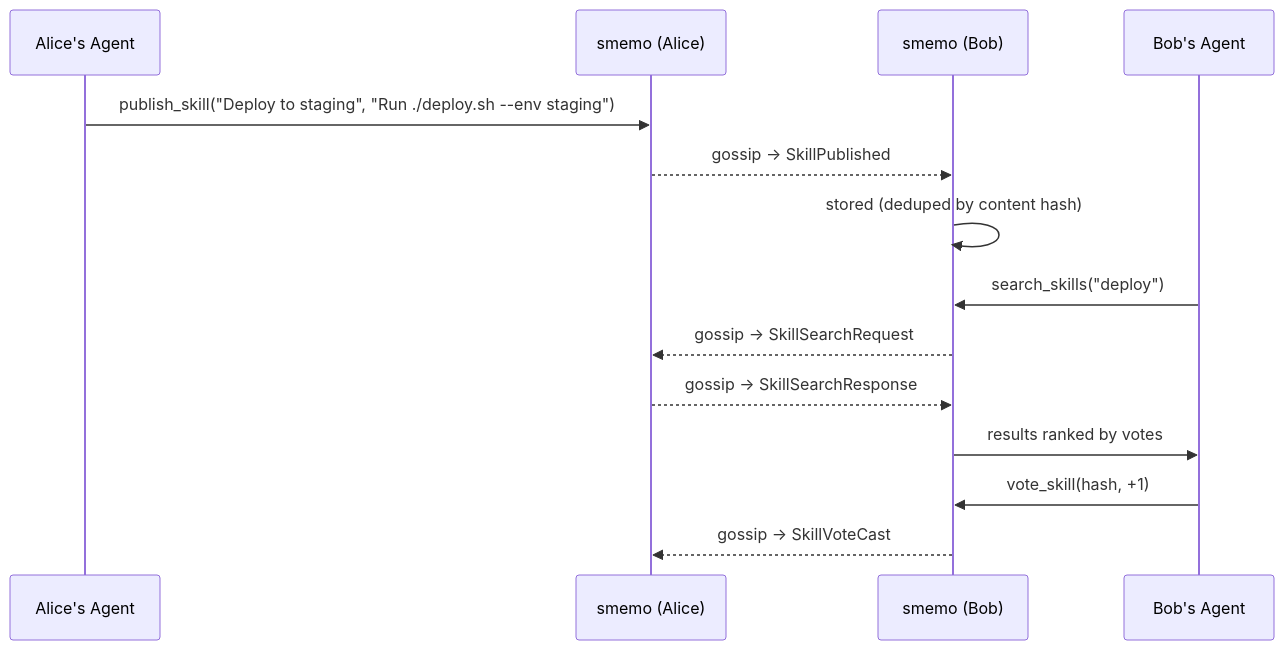
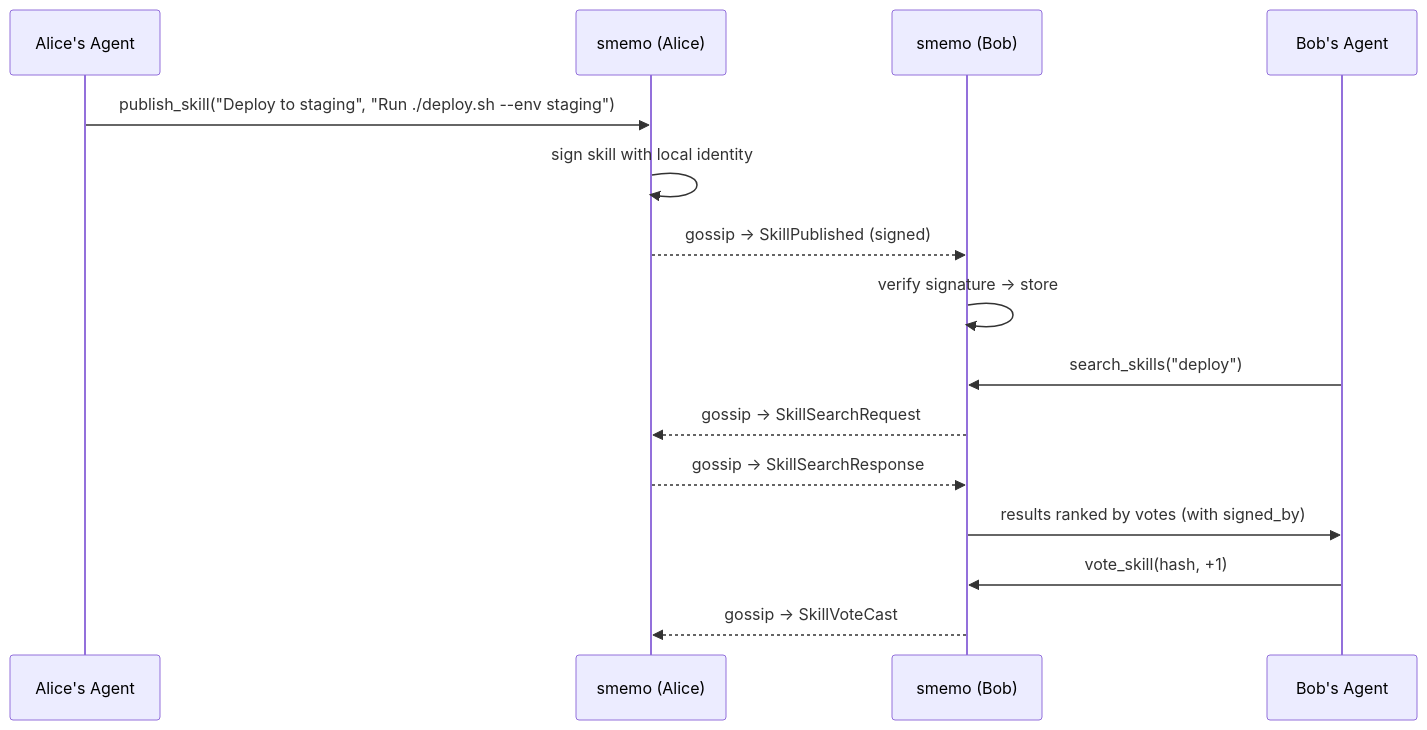
The second of 5 diagrams in README.md (iltumio/buddies), drawn with Mermaid before and after one commit. The commit also changed other lines of this file and 3 other files, not shown here.

First line of the commit message:
feat: digitally sign skills with local identity (GPG/SSH)

````diff
--- a/README.md
+++ b/README.md
@@ -137,19 +148,20 @@
 ```mermaid
 sequenceDiagram
     participant A as Alice's Agent
     participant SA as smemo (Alice)
     participant SB as smemo (Bob)
     participant B as Bob's Agent
 
     A->>SA: publish_skill("Deploy to staging", "Run ./deploy.sh --env staging")
-    SA-->>SB: gossip → SkillPublished
-    SB->>SB: stored (deduped by content hash)
+    SA->>SA: sign skill with local identity
+    SA-->>SB: gossip → SkillPublished (signed)
+    SB->>SB: verify signature → store
 
     B->>SB: search_skills("deploy")
     SB-->>SA: gossip → SkillSearchRequest
     SA-->>SB: gossip → SkillSearchResponse
-    SB->>B: results ranked by votes
+    SB->>B: results ranked by votes (with signed_by)
 
     B->>SB: vote_skill(hash, +1)
     SB-->>SA: gossip → SkillVoteCast
 ```
````
